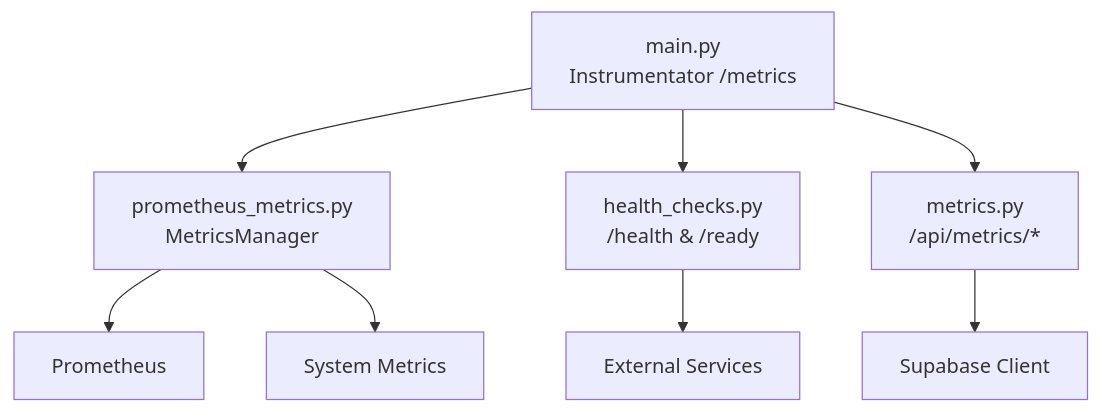
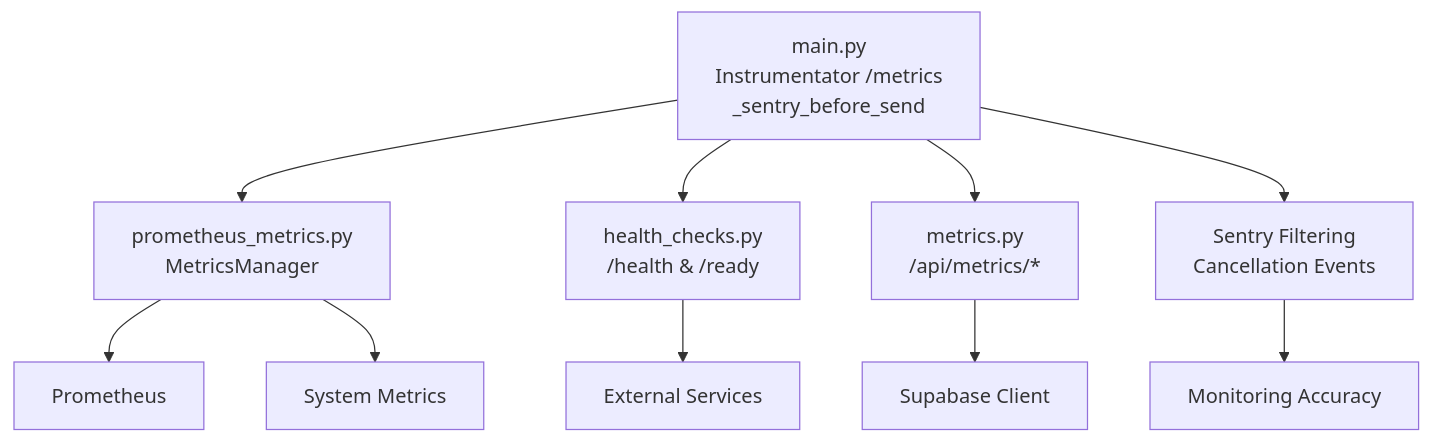
Before and after one commit to rohitkumarnaidu/-Auto-AI-Automated-Academic-Docx-Manuscript-Formatter: the ninth of 9 diagrams in .qoder/repowiki/en/content/Backend Development/Monitoring & Metrics.md, drawn with Mermaid. The commit also changed other lines of this file and 4 other files, not shown here.

````diff
--- a/.qoder/repowiki/en/content/Backend Development/Monitoring & Metrics.md
+++ b/.qoder/repowiki/en/content/Backend Development/Monitoring & Metrics.md
@@ -326,10 +377,12 @@
 ```mermaid
 graph TB
-M["main.py<br/>Instrumentator /metrics"] --> PMW["prometheus_metrics.py<br/>MetricsManager"]
+M["main.py<br/>Instrumentator /metrics<br/>_sentry_before_send"] --> PMW["prometheus_metrics.py<br/>MetricsManager"]
 M --> HR["health_checks.py<br/>/health & /ready"]
 M --> MR["metrics.py<br/>/api/metrics/*"]
+M --> SF["Sentry Filtering<br/>Cancellation Events"]
 PMW --> PR["Prometheus"]
 MR --> DB["Supabase Client"]
 HR --> EXT["External Services"]
 PMW --> SYS["System Metrics"]
+SF --> MON["Monitoring Accuracy"]
 ```
````
